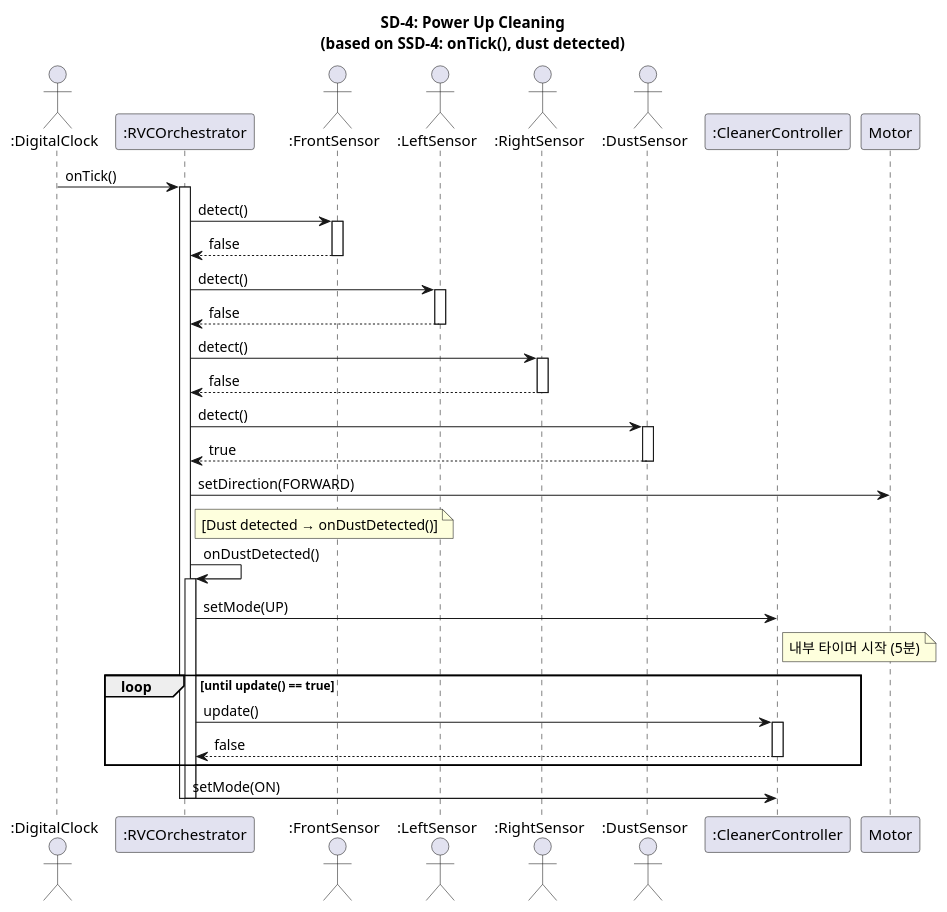
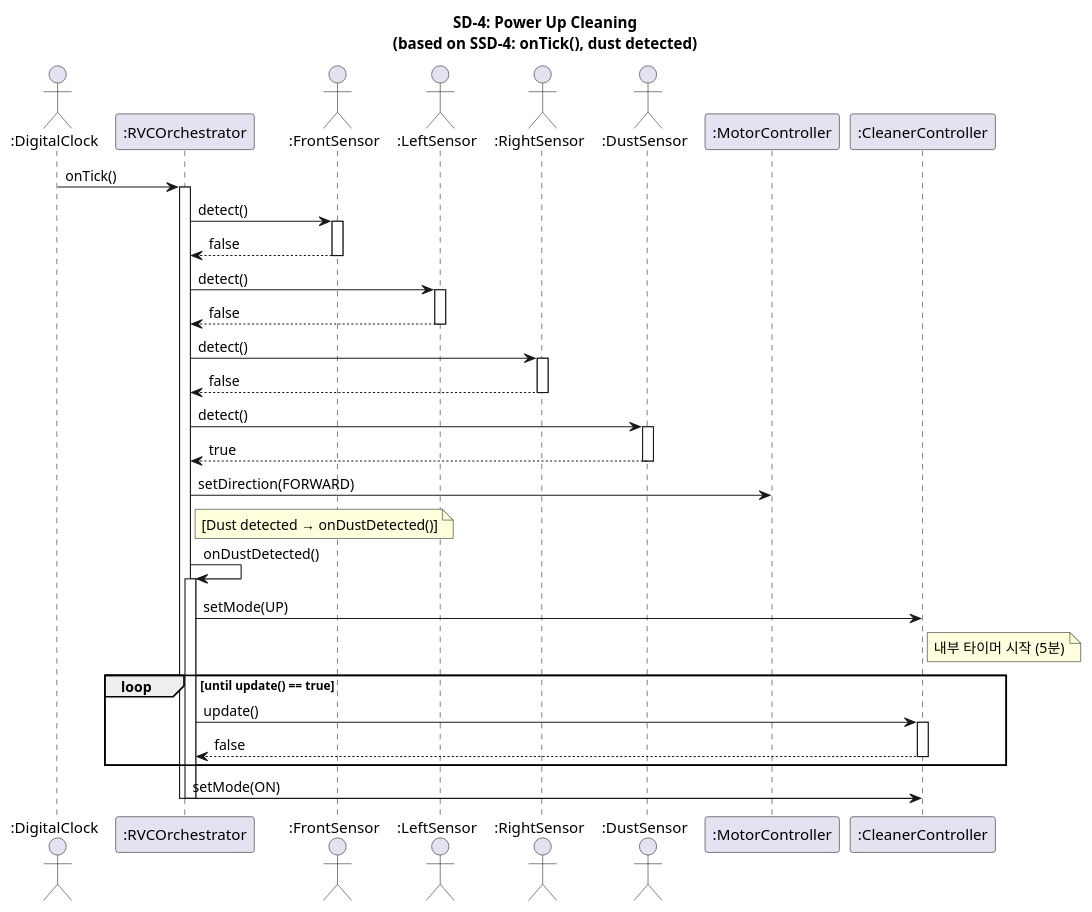
Before and after one commit to OOP-konkuk/CICD-Team7: the fourth of 4 diagrams in docs/vibe-coding/03-ood/sequence-diagrams.mdx, drawn with PlantUML. The commit also changed other lines of this file and 3 other files, not shown here.

````diff
--- a/docs/vibe-coding/03-ood/sequence-diagrams.mdx
+++ b/docs/vibe-coding/03-ood/sequence-diagrams.mdx
@@ -177,49 +180,50 @@
 ```plantuml
 @startuml SD4_PowerUpCleaning
 title SD-4: Power Up Cleaning\n(based on SSD-4: onTick(), dust detected)
 
 actor ":DigitalClock" as Clock
 participant ":RVCOrchestrator" as Orch
 actor ":FrontSensor" as FS
 actor ":LeftSensor" as LS
 actor ":RightSensor" as RS
 actor ":DustSensor" as DS
+participant ":MotorController" as Motor
 participant ":CleanerController" as Cleaner
 
 Clock -> Orch : onTick()
 activate Orch
 Orch -> FS : detect()
 activate FS
 FS --> Orch : false
 deactivate FS
 Orch -> LS : detect()
 activate LS
 LS --> Orch : false
 deactivate LS
 Orch -> RS : detect()
 activate RS
 RS --> Orch : false
 deactivate RS
 Orch -> DS : detect()
 activate DS
 DS --> Orch : true
 deactivate DS
 Orch -> Motor : setDirection(FORWARD)
 note right of Orch : [Dust detected → onDustDetected()]
 Orch -> Orch : onDustDetected()
 activate Orch
 Orch -> Cleaner : setMode(UP)
 note right of Cleaner : 내부 타이머 시작 (5분)
 
 loop until update() == true
   Orch -> Cleaner : update()
   activate Cleaner
   Cleaner --> Orch : false
   deactivate Cleaner
 end
 
 Orch -> Cleaner : setMode(ON)
 deactivate Orch
 deactivate Orch
 @enduml
 ```
````
